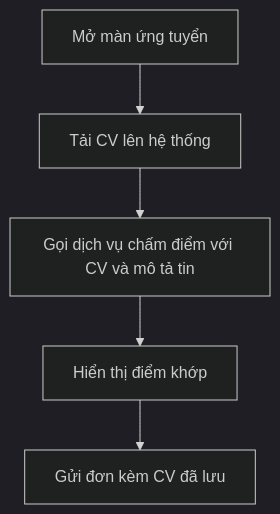
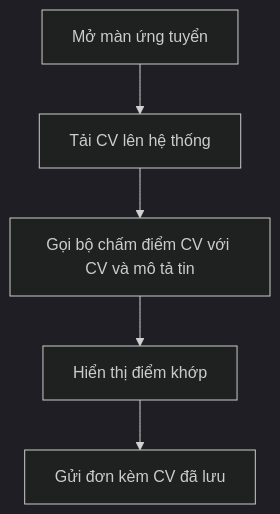
One commit to dmt041104111003/docs-nckh changed the second of 4 diagrams in freelancer.md. Above: the diagram before and after it, drawn with Mermaid (dark theme). The commit also changed other lines of this file and 9 other files, not shown here.

````diff
--- a/freelancer.md
+++ b/freelancer.md
@@ -32,7 +50,7 @@
 ```mermaid
 flowchart TB
   A[Mở màn ứng tuyển] --> B[Tải CV lên hệ thống]
-  B --> C[Gọi dịch vụ chấm điểm với CV và mô tả tin]
+  B --> C[Gọi bộ chấm điểm CV với CV và mô tả tin]
   C --> D[Hiển thị điểm khớp]
   D --> E[Gửi đơn kèm CV đã lưu]
 ```
````
